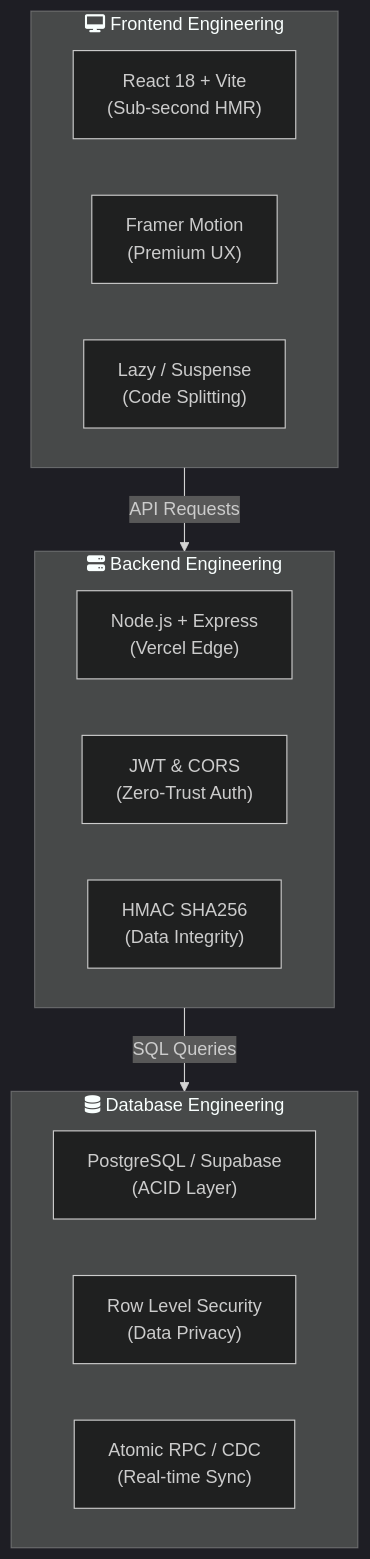
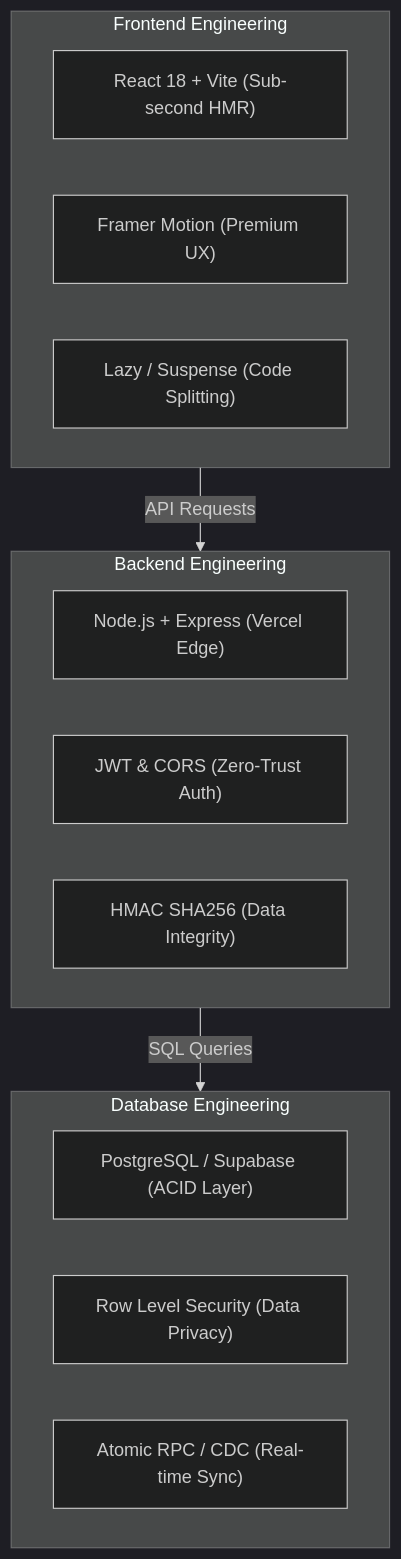
The second of 6 diagrams in README.md (kiran-8287/nescafe-iitpkd), drawn with Mermaid (dark theme) before and after one commit. The commit also changed other lines of this file, not shown here.

Commit message:
docs: update README with refined architecture, workflow documentation, and formatted technical diagrams

````diff
--- a/README.md
+++ b/README.md
@@ -46,23 +57,23 @@
 ```mermaid
 flowchart TD
-    subgraph FE ["fa:fa-desktop Frontend Engineering"]
-        F1["React 18 + Vite<br/>(Sub-second HMR)"]
-        F2["Framer Motion<br/>(Premium UX)"]
-        F3["Lazy / Suspense<br/>(Code Splitting)"]
+    subgraph FE ["Frontend Engineering"]
+        F1["React 18 + Vite (Sub-second HMR)"]
+        F2["Framer Motion (Premium UX)"]
+        F3["Lazy / Suspense (Code Splitting)"]
     end
 
-    subgraph BE ["fa:fa-server Backend Engineering"]
-        B1["Node.js + Express<br/>(Vercel Edge)"]
-        B2["JWT & CORS<br/>(Zero-Trust Auth)"]
-        B3["HMAC SHA256<br/>(Data Integrity)"]
+    subgraph BE ["Backend Engineering"]
+        B1["Node.js + Express (Vercel Edge)"]
+        B2["JWT & CORS (Zero-Trust Auth)"]
+        B3["HMAC SHA256 (Data Integrity)"]
     end
 
-    subgraph DB ["fa:fa-database Database Engineering"]
-        D1["PostgreSQL / Supabase<br/>(ACID Layer)"]
-        D2["Row Level Security<br/>(Data Privacy)"]
-        D3["Atomic RPC / CDC<br/>(Real-time Sync)"]
+    subgraph DB ["Database Engineering"]
+        D1["PostgreSQL / Supabase (ACID Layer)"]
+        D2["Row Level Security (Data Privacy)"]
+        D3["Atomic RPC / CDC (Real-time Sync)"]
     end
 
     FE -->|API Requests| BE
     BE -->|SQL Queries| DB
 ```
````
